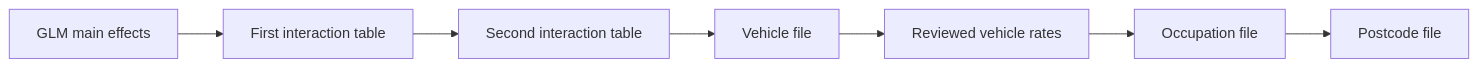
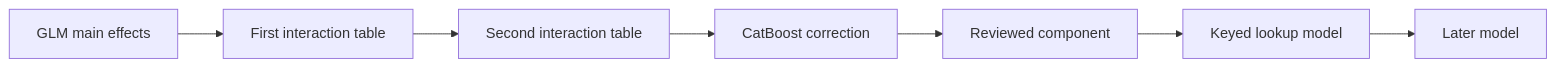
Before and after one commit to serband/easy_glm: the diagram in examples/workflows.md, drawn with Mermaid. The commit also changed other lines of this file and 8 other files, not shown here.

````diff
--- a/examples/workflows.md
+++ b/examples/workflows.md
@@ -43,9 +45,9 @@
 ```mermaid
 flowchart LR
     A[GLM main effects] --> B[First interaction table]
     B --> C[Second interaction table]
-    C --> D[Vehicle file]
-    D --> E[Reviewed vehicle rates]
-    E --> F[Occupation file]
-    F --> G[Postcode file]
+    C --> D[CatBoost correction]
+    D --> E[Reviewed component]
+    E --> F[Keyed lookup model]
+    F --> G[Later model]
 ```
````
